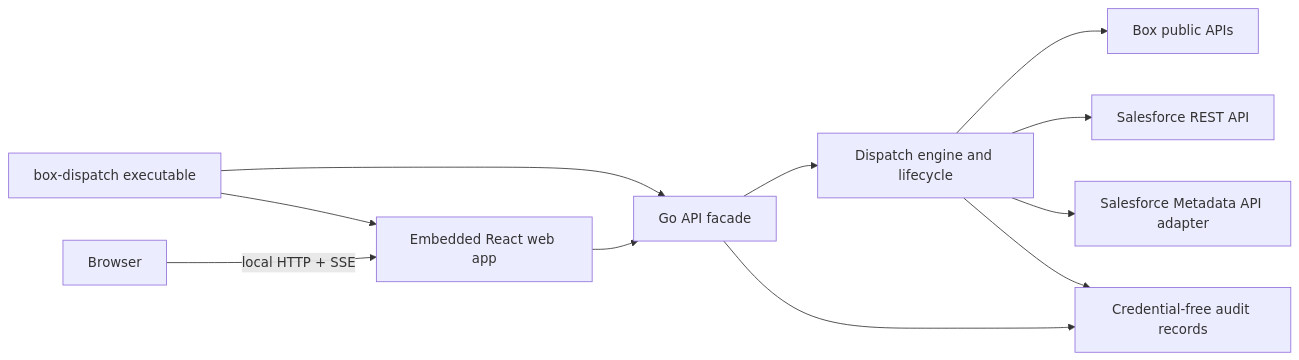
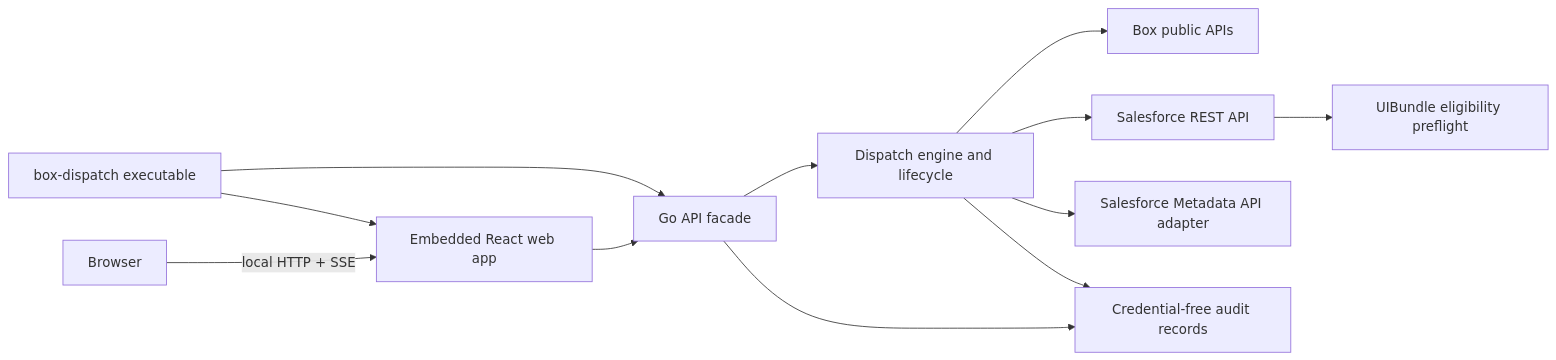
Before and after one commit to unofficialbox/box-dispatch: the first of 2 diagrams in docs/WEB_APP_ARCHITECTURE.md, drawn with Mermaid. The commit also changed other lines of this file and 16 other files, not shown here.

````diff
--- a/docs/WEB_APP_ARCHITECTURE.md
+++ b/docs/WEB_APP_ARCHITECTURE.md
@@ -10,13 +10,14 @@
 ```mermaid
 flowchart LR
     Executable["box-dispatch executable"] --> UI["Embedded React web app"]
     Executable --> API["Go API facade"]
     Browser["Browser"] -->|"local HTTP + SSE"| UI
     UI --> API
     API --> Engine["Dispatch engine and lifecycle"]
     Engine --> Box["Box public APIs"]
     Engine --> SalesforceREST["Salesforce REST API"]
+    SalesforceREST --> SalesforceEligibility["UIBundle eligibility preflight"]
     Engine --> SalesforceMetadata["Salesforce Metadata API adapter"]
     Engine --> Audit["Credential-free audit records"]
     API --> Audit
 ```
````
